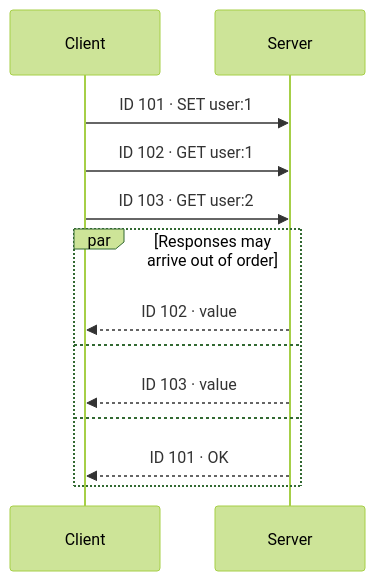
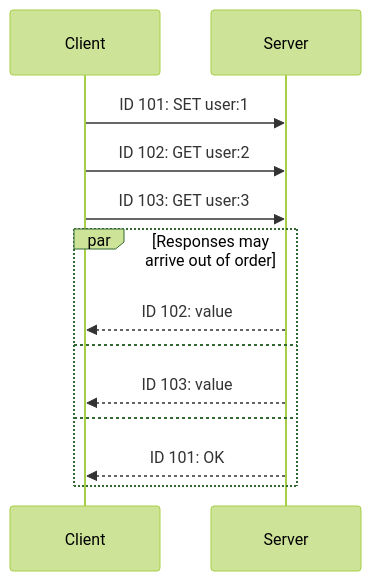
One commit to dyotamo/blog changed the fourth of 5 diagrams in content/articles/nebula-protocol/index.md. Above: the diagram before and after it, drawn with Mermaid (forest theme). The commit also changed other lines of this file and 26 other files, not shown here.

````diff
--- a/content/articles/nebula-protocol/index.md
+++ b/content/articles/nebula-protocol/index.md
@@ -397,15 +387,15 @@
 ```mermaid
 sequenceDiagram
     participant Client
     participant Server
-    Client->>Server: ID 101 · SET user:1
-    Client->>Server: ID 102 · GET user:1
-    Client->>Server: ID 103 · GET user:2
+    Client->>Server: ID 101: SET user:1
+    Client->>Server: ID 102: GET user:2
+    Client->>Server: ID 103: GET user:3
     par Responses may arrive out of order
-        Server-->>Client: ID 102 · value
+        Server-->>Client: ID 102: value
     and
-        Server-->>Client: ID 103 · value
+        Server-->>Client: ID 103: value
     and
-        Server-->>Client: ID 101 · OK
+        Server-->>Client: ID 101: OK
     end
 ```
````
